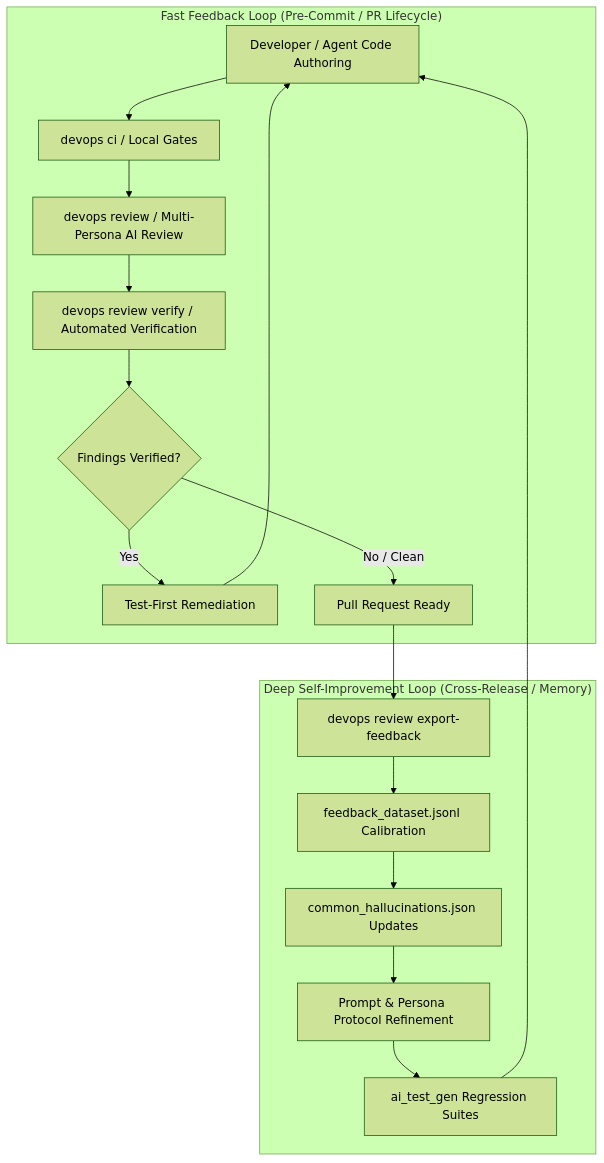
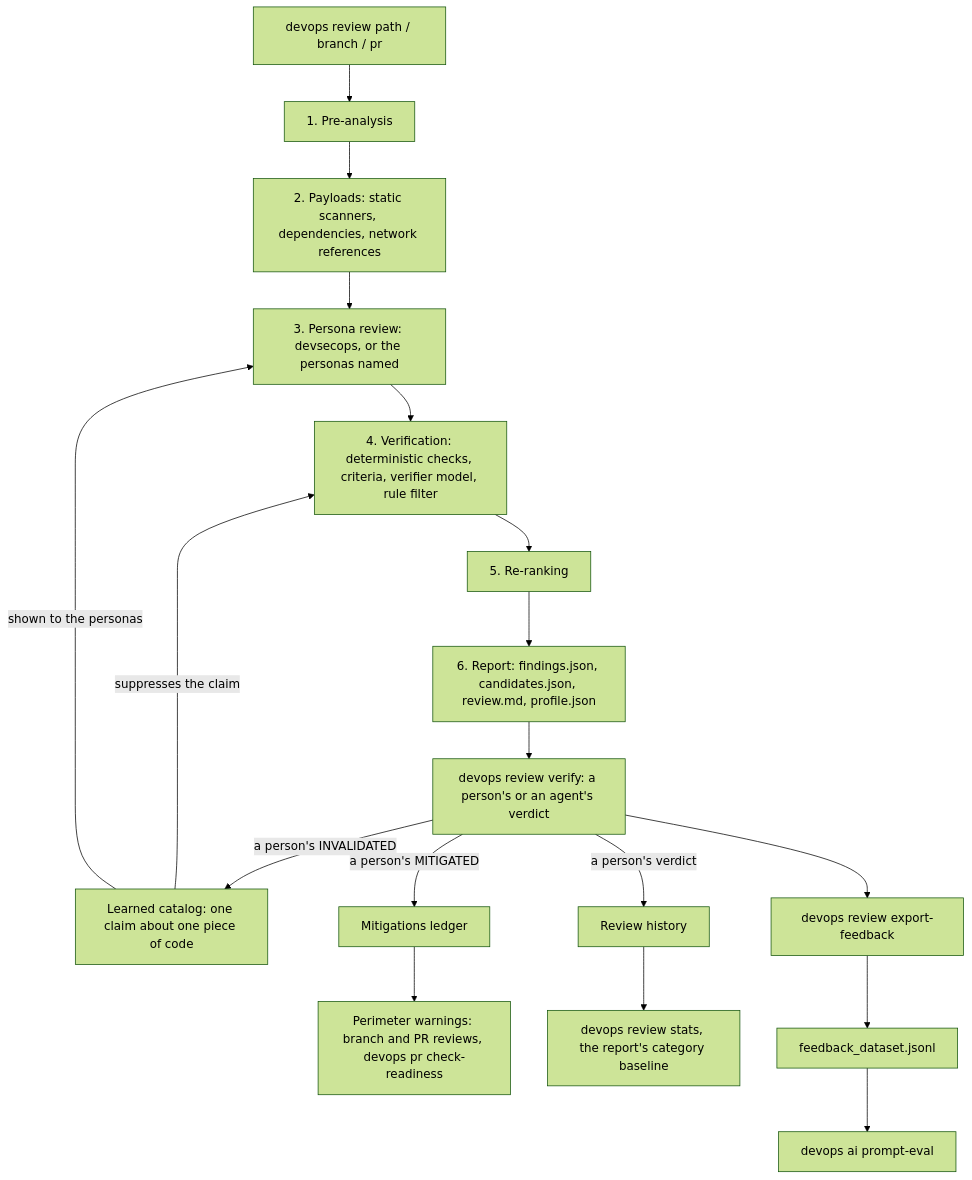
Before and after one commit to dan-petty/devops-cli: the first of 2 diagrams in docs/SELF_IMPROVEMENT.md, drawn with Mermaid (forest theme). The commit also changed other lines of this file and 608 other files, not shown here.

````diff
--- a/docs/SELF_IMPROVEMENT.md
+++ b/docs/SELF_IMPROVEMENT.md
@@ -15,21 +18,20 @@
 ```mermaid
 flowchart TD
-    subgraph FastLoop["Fast Feedback Loop (Pre-Commit / PR Lifecycle)"]
-        A[Developer / Agent Code Authoring] --> B[devops ci / Local Gates]
-        B --> C[devops review / Multi-Persona AI Review]
-        C --> D[devops review verify / Automated Verification]
-        D --> E{Findings Verified?}
-        E -- Yes --> F[Test-First Remediation]
-        F --> A
-        E -- No / Clean --> G[Pull Request Ready]
-    end
-
-    subgraph DeepLoop["Deep Self-Improvement Loop (Cross-Release / Memory)"]
-        G --> H[devops review export-feedback]
-        H --> I[feedback_dataset.jsonl Calibration]
-        I --> J[common_hallucinations.json Updates]
-        J --> K[Prompt & Persona Protocol Refinement]
-        K --> L[ai_test_gen Regression Suites]
-        L --> A
-    end
+    A["devops review path / branch / pr"] --> B["1. Pre-analysis"]
+    B --> C["2. Payloads: static scanners, dependencies, network references"]
+    C --> D["3. Persona review: devsecops, or the personas named"]
+    D --> E["4. Verification: deterministic checks, criteria, verifier model, rule filter"]
+    E --> F["5. Re-ranking"]
+    F --> G["6. Report: findings.json, candidates.json, review.md, profile.json"]
+    G --> H["devops review verify: a person's or an agent's verdict"]
+    H -- "a person's INVALIDATED" --> I["Learned catalog: one claim about one piece of code"]
+    H -- "a person's MITIGATED" --> J["Mitigations ledger"]
+    H -- "a person's verdict" --> K["Review history"]
+    I -- "suppresses the claim" --> E
+    I -- "shown to the personas" --> D
+    J --> L["Perimeter warnings: branch and PR reviews, devops pr check-readiness"]
+    K --> M["devops review stats, the report's category baseline"]
+    H --> N["devops review export-feedback"]
+    N --> O["feedback_dataset.jsonl"]
+    O --> P["devops ai prompt-eval"]
 ```
````
